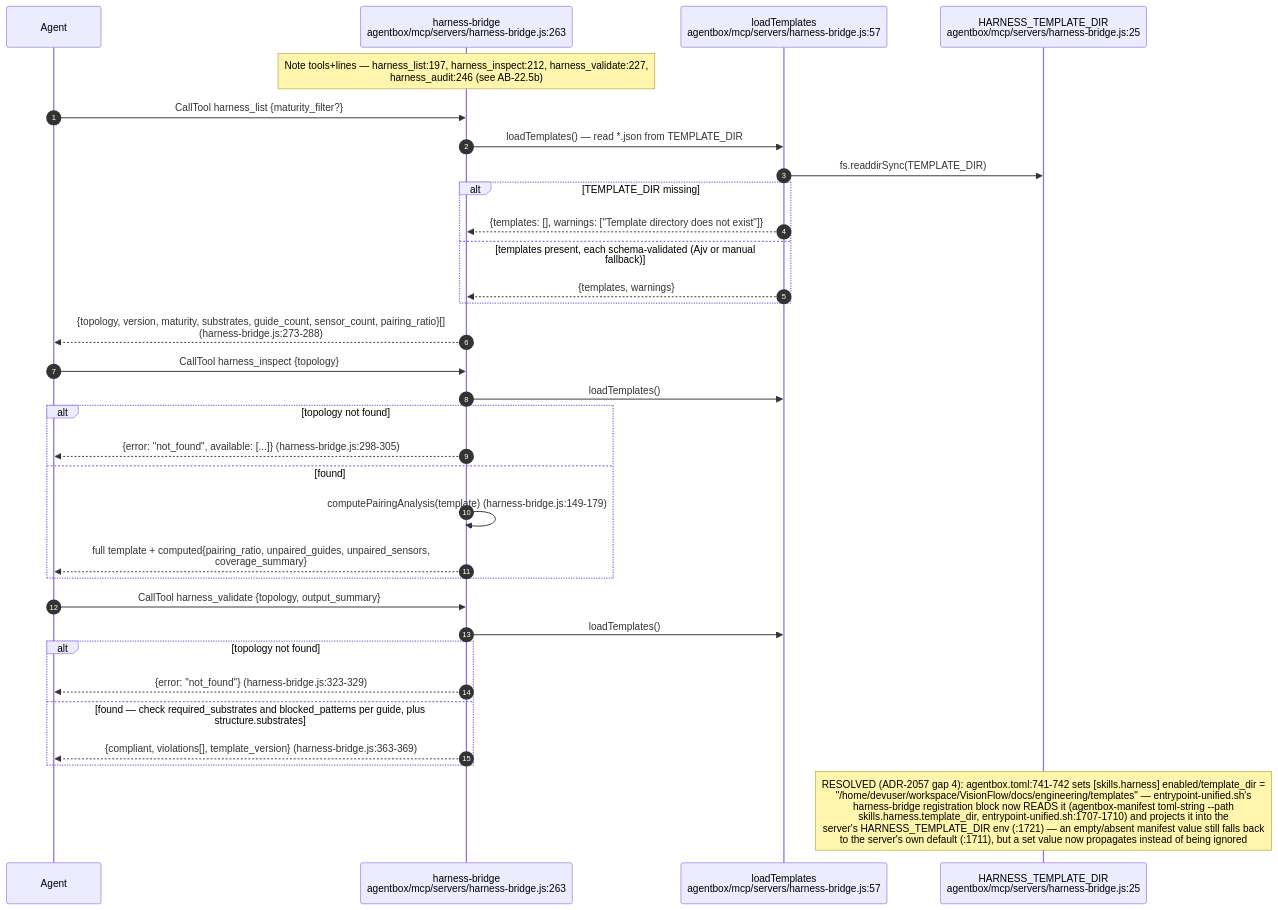
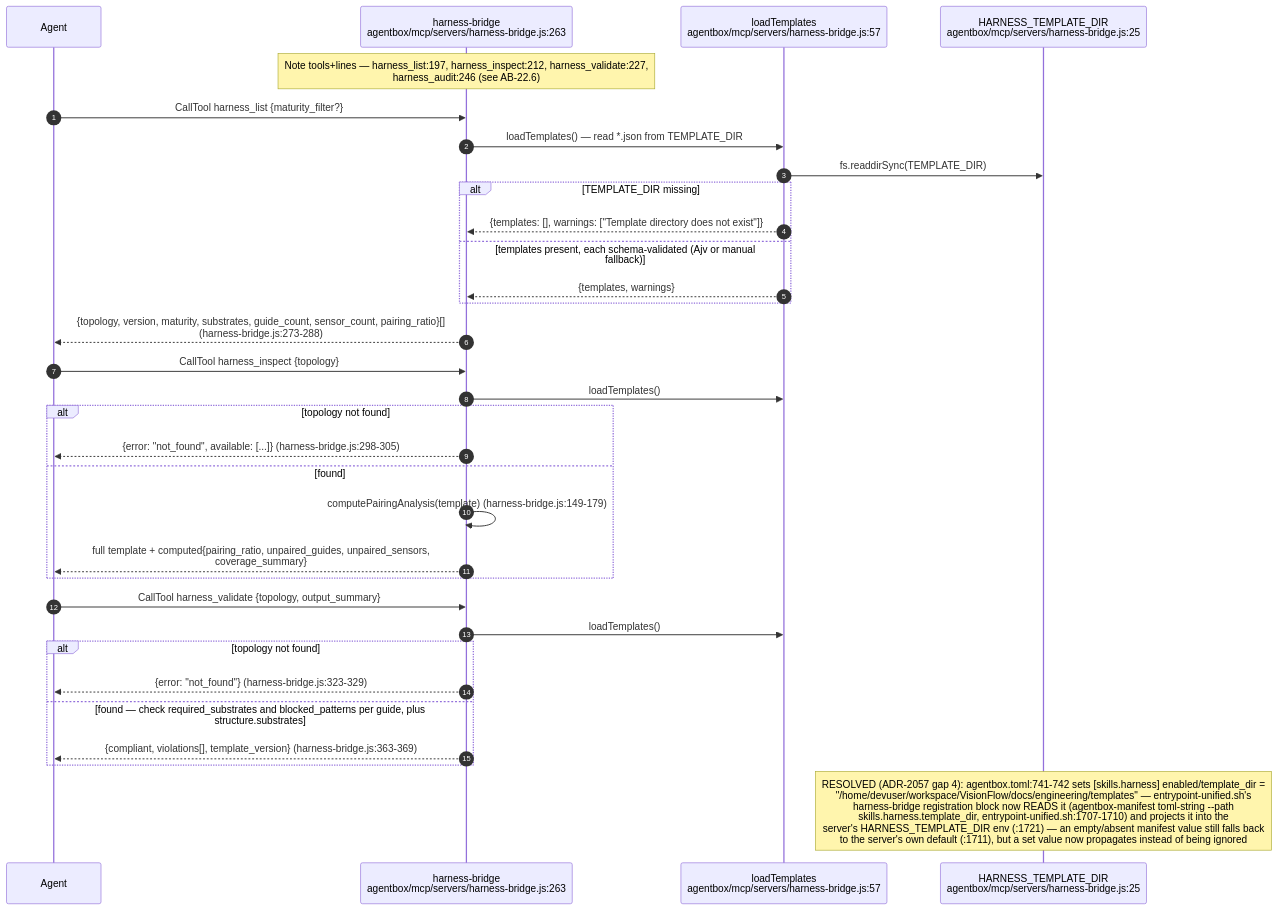
One commit to DreamLab-AI/VisionFlow changed the fifth of 14 diagrams in docs/diagrams/agentbox/22-skills-and-routing.md. Above: the diagram before and after it, drawn with Mermaid. The commit also changed other lines of this file and 28 other files, not shown here.

````diff
--- a/docs/diagrams/agentbox/22-skills-and-routing.md
+++ b/docs/diagrams/agentbox/22-skills-and-routing.md
@@ -165,37 +189,37 @@
 ```mermaid
 sequenceDiagram
     autonumber
     participant AG as Agent
     participant HB as harness-bridge<br/>agentbox/mcp/servers/harness-bridge.js:263
     participant LT as loadTemplates<br/>agentbox/mcp/servers/harness-bridge.js:57
     participant TD as HARNESS_TEMPLATE_DIR<br/>agentbox/mcp/servers/harness-bridge.js:25
 
-    Note over HB: Note tools+lines — harness_list:197, harness_inspect:212, harness_validate:227,<br/>harness_audit:246 (see AB-22.5b)
+    Note over HB: Note tools+lines — harness_list:197, harness_inspect:212, harness_validate:227,<br/>harness_audit:246 (see AB-22.6)
     AG->>HB: CallTool harness_list {maturity_filter?}
     HB->>LT: loadTemplates() — read *.json from TEMPLATE_DIR
     LT->>TD: fs.readdirSync(TEMPLATE_DIR)
     alt TEMPLATE_DIR missing
         LT-->>HB: {templates: [], warnings: ["Template directory does not exist"]}
     else templates present, each schema-validated (Ajv or manual fallback)
         LT-->>HB: {templates, warnings}
     end
     HB-->>AG: {topology, version, maturity, substrates, guide_count, sensor_count, pairing_ratio}[]<br/>(harness-bridge.js:273-288)
 
     AG->>HB: CallTool harness_inspect {topology}
     HB->>LT: loadTemplates()
     alt topology not found
         HB-->>AG: {error: "not_found", available: [...]} (harness-bridge.js:298-305)
     else found
         HB->>HB: computePairingAnalysis(template) (harness-bridge.js:149-179)
         HB-->>AG: full template + computed{pairing_ratio, unpaired_guides, unpaired_sensors,<br/>coverage_summary}
     end
 
     AG->>HB: CallTool harness_validate {topology, output_summary}
     HB->>LT: loadTemplates()
     alt topology not found
         HB-->>AG: {error: "not_found"} (harness-bridge.js:323-329)
     else found — check required_substrates and blocked_patterns per guide, plus structure.substrates
         HB-->>AG: {compliant, violations[], template_version} (harness-bridge.js:363-369)
     end
     Note over TD: RESOLVED (ADR-2057 gap 4): agentbox.toml:741-742 sets [skills.harness] enabled/template_dir =<br/>"/home/devuser/workspace/VisionFlow/docs/engineering/templates" — entrypoint-unified.sh's<br/>harness-bridge registration block now READS it (agentbox-manifest toml-string --path<br/>skills.harness.template_dir, entrypoint-unified.sh:1707-1710) and projects it into the<br/>server's HARNESS_TEMPLATE_DIR env (:1721) — an empty/absent manifest value still falls back<br/>to the server's own default (:1711), but a set value now propagates instead of being ignored
 ```
````
